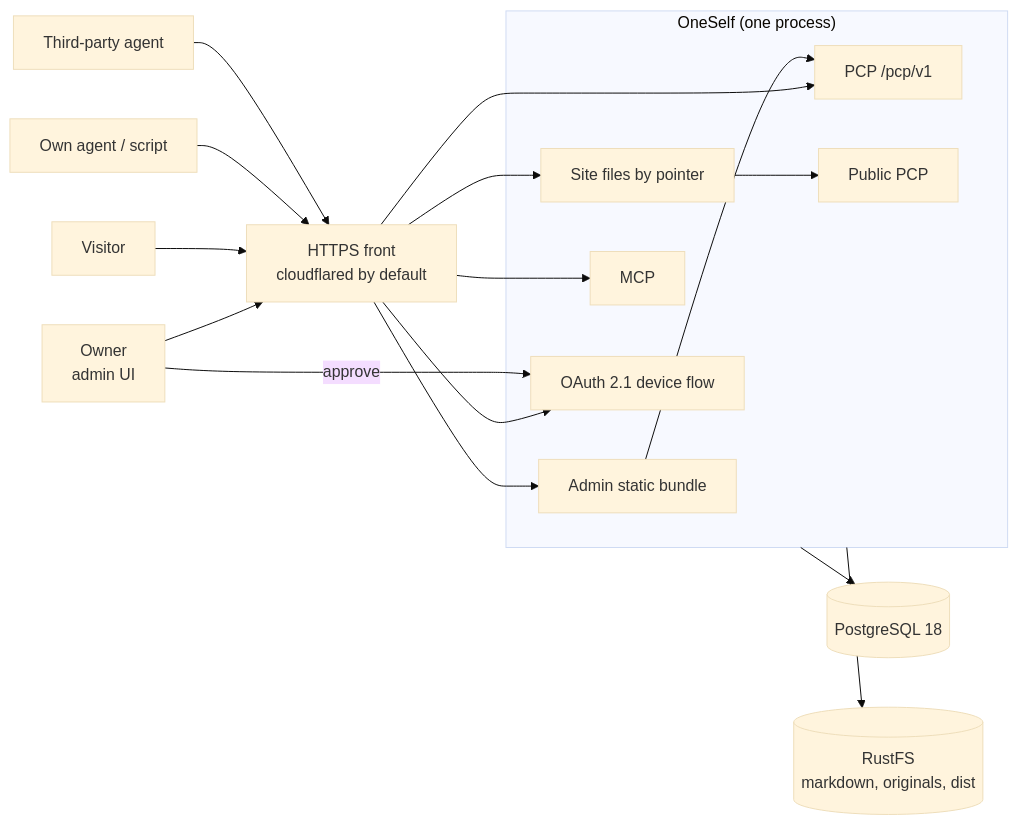
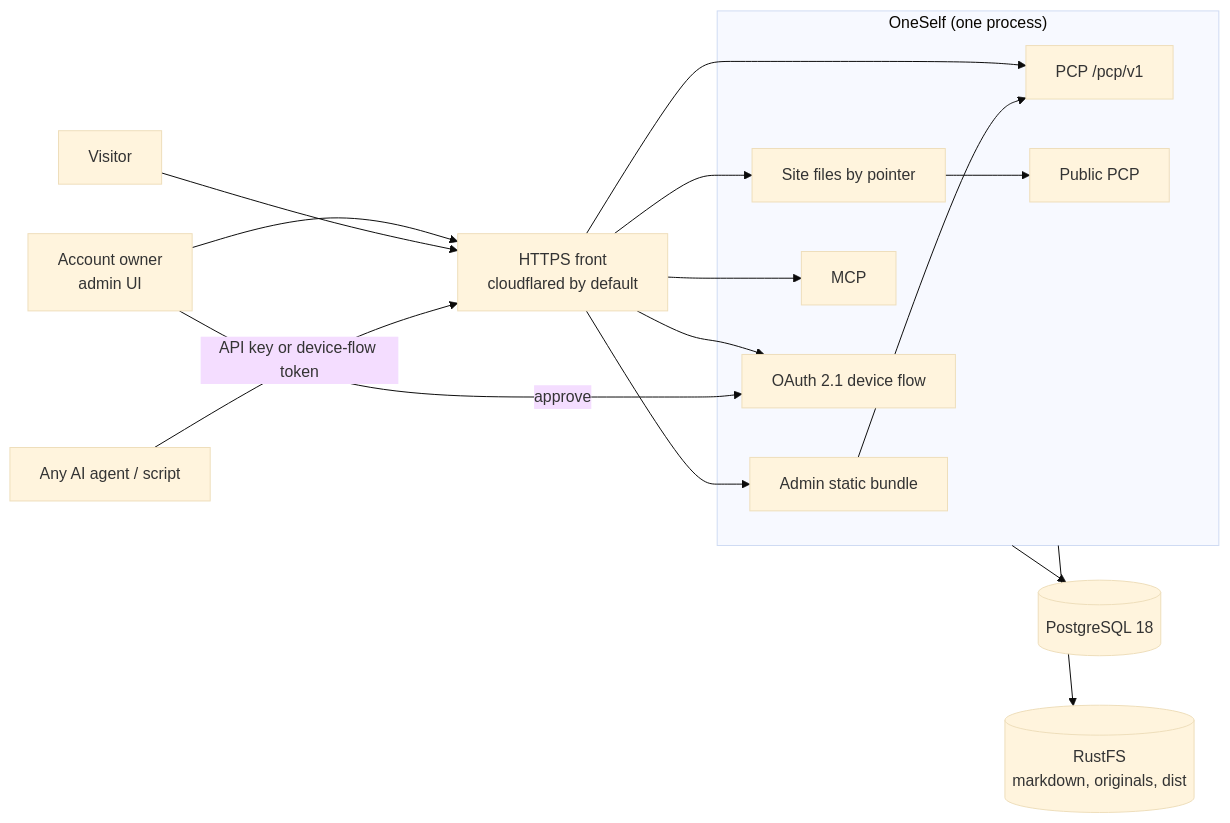
One commit to ptonlix/OneSelf changed the second of 2 diagrams in docs/ARCHITECTURE.md. Above: the diagram before and after it, drawn with Mermaid (base theme). The commit also changed other lines of this file and 16 other files, not shown here.

First line of the commit message:
docs: unify terminology and redraw architecture diagram

````diff
--- a/docs/ARCHITECTURE.md
+++ b/docs/ARCHITECTURE.md
@@ -86,33 +84,31 @@
 ```mermaid
 flowchart LR
-    Owner["Owner<br/>admin UI"]
+    Owner["Account owner<br/>admin UI"]
     Visitor["Visitor"]
-    OwnAgent["Own agent / script"]
-    OtherAgent["Third-party agent"]
+    Agent["Any AI agent / script"]
     Front["HTTPS front<br/>cloudflared by default"]
 
     subgraph App["OneSelf (one process)"]
         Admin["Admin static bundle"]
         Sites["Site files by pointer"]
         API["PCP /pcp/v1"]
         Public["Public PCP"]
         MCP["MCP"]
         OAuth["OAuth 2.1 device flow"]
     end
 
     Owner --> Front
     Visitor --> Front
-    OwnAgent --> Front
-    OtherAgent --> Front
+    Agent -->|API key or device-flow token| Front
     Front --> Admin
     Front --> Sites
     Front --> API
     Front --> MCP
     Front --> OAuth
     Admin --> API
     Sites --> Public
     Owner -->|approve| OAuth
 
     App --> PG[("PostgreSQL 18")]
     App --> Blob[("RustFS<br/>markdown, originals, dist")]
 ```
````
